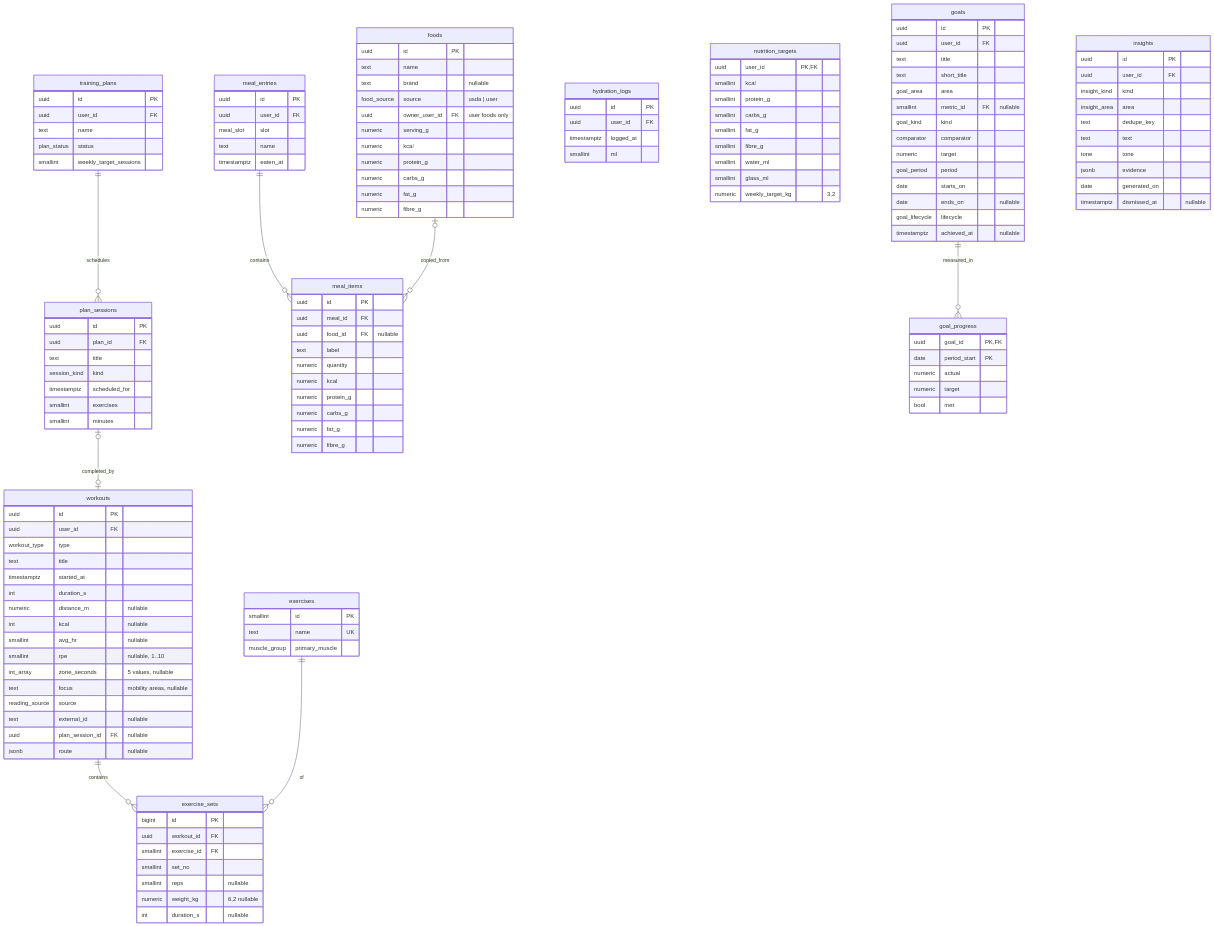
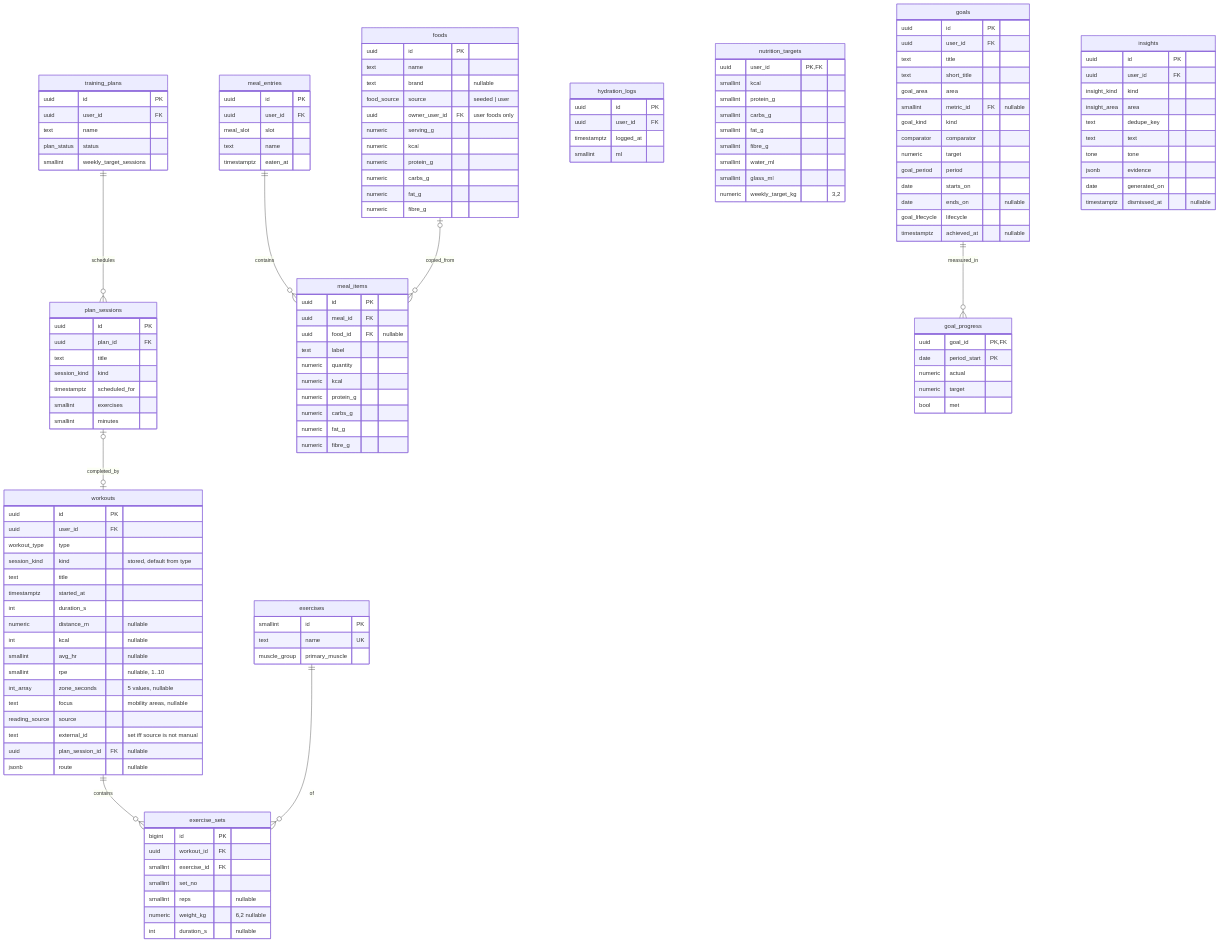
Before and after one commit to Prabin-Aman/VitalLink: the fifth of 7 diagrams in backend/docs/04-database.md, drawn with Mermaid. The commit also changed other lines of this file and 3 other files, not shown here.

```diff
--- a/backend/docs/04-database.md
+++ b/backend/docs/04-database.md
@@ -221,6 +264,7 @@
     uuid id PK
     uuid user_id FK
     workout_type type
+    session_kind kind "stored, default from type"
     text title
     timestamptz started_at
     int duration_s
@@ -231,7 +275,7 @@
     int_array zone_seconds "5 values, nullable"
     text focus "mobility areas, nullable"
     reading_source source
-    text external_id "nullable"
+    text external_id "set iff source is not manual"
     uuid plan_session_id FK "nullable"
     jsonb route "nullable"
   }
@@ -264,7 +308,7 @@
     uuid id PK
     text name
     text brand "nullable"
-    food_source source "usda | user"
+    food_source source "seeded | user"
     uuid owner_user_id FK "user foods only"
     numeric serving_g
     numeric kcal
```
